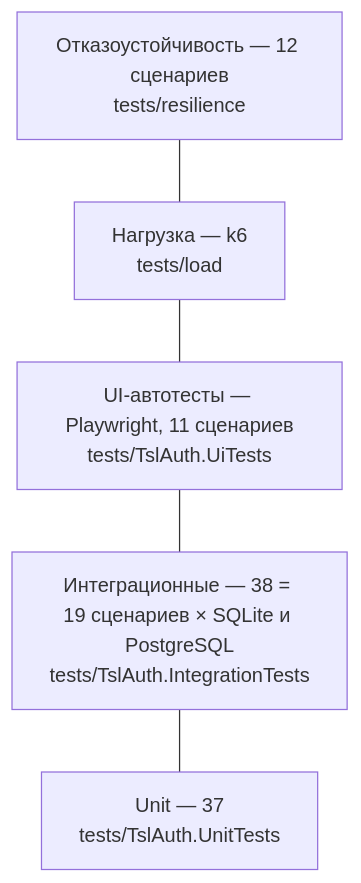
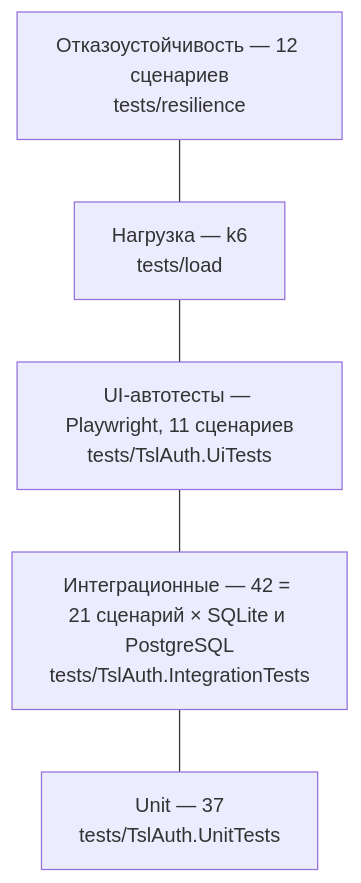
One commit to akprof2000/tsl-auth changed the diagram in docs/testing.md. Above: the diagram before and after it, drawn with Mermaid. The commit also changed other lines of this file and 4 other files, not shown here.

First line of the commit message:
Тест обновления схемы на живых данных; устойчивый вход в Docker Hub

````diff
--- a/docs/testing.md
+++ b/docs/testing.md
@@ -3,9 +3,9 @@
 ```mermaid
 flowchart TB
     R["Отказоустойчивость — 12 сценариев<br/>tests/resilience"]
     L["Нагрузка — k6<br/>tests/load"]
     UI["UI-автотесты — Playwright, 11 сценариев<br/>tests/TslAuth.UiTests"]
-    I["Интеграционные — 38 = 19 сценариев × SQLite и PostgreSQL<br/>tests/TslAuth.IntegrationTests"]
+    I["Интеграционные — 42 = 21 сценарий × SQLite и PostgreSQL<br/>tests/TslAuth.IntegrationTests"]
     U["Unit — 37<br/>tests/TslAuth.UnitTests"]
     R --- L --- UI --- I --- U
 ```
````
